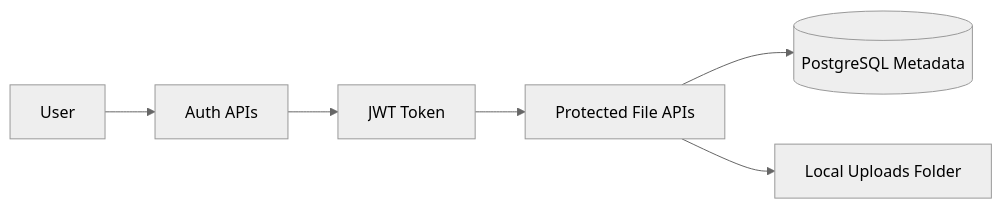
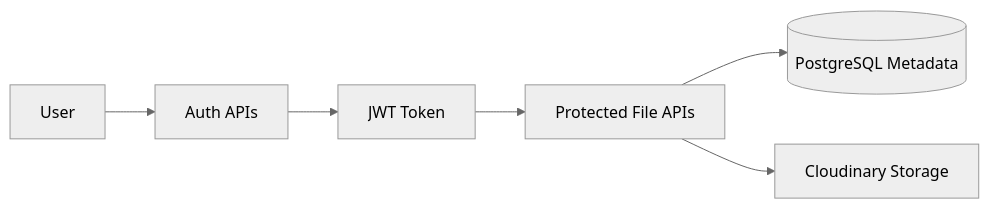
One commit to luvkumar404/FileSharing changed the diagram in share/README.md. Above: the diagram before and after it, drawn with Mermaid (neutral theme). The commit also changed other lines of this file and 14 other files, not shown here.

````diff
--- a/share/README.md
+++ b/share/README.md
@@ -54,8 +55,8 @@
 ```mermaid
 flowchart LR
     User[User] --> Auth[Auth APIs]
     Auth --> JWT[JWT Token]
     JWT --> FileAPIs[Protected File APIs]
     FileAPIs --> PostgreSQL[(PostgreSQL Metadata)]
-    FileAPIs --> Uploads[Local Uploads Folder]
+    FileAPIs --> Cloudinary[Cloudinary Storage]
 ```
````
